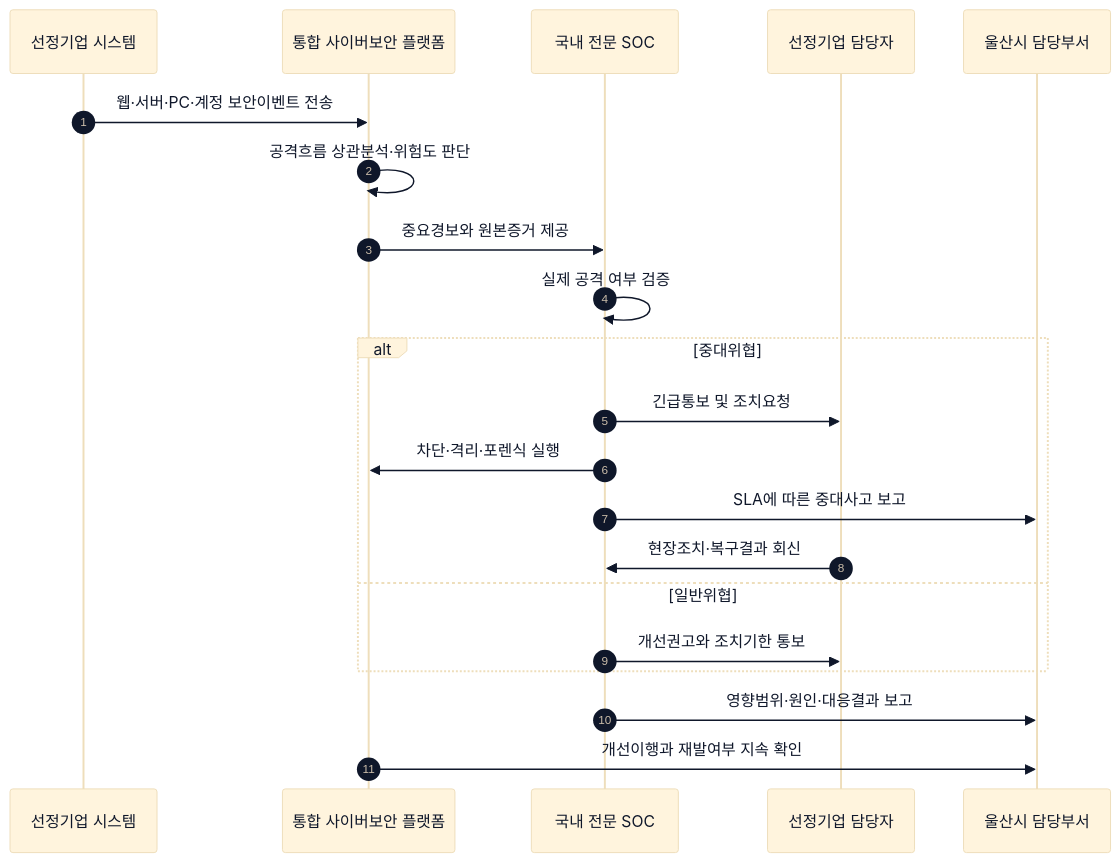
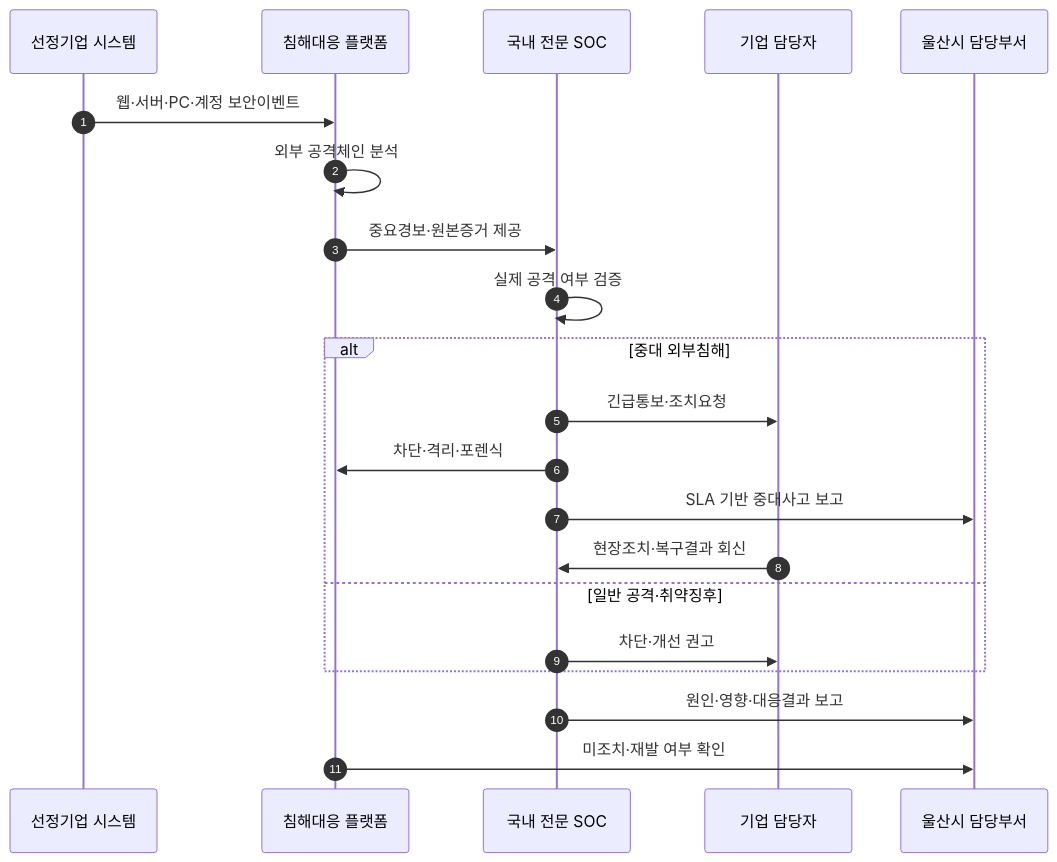
One commit to qubitsec/plura changed the sixth of 8 diagrams in ko/proposal/ulsan/ulsan-full-3months.md. Above: the diagram before and after it, drawn with Mermaid. The commit also changed other lines of this file, not shown here.

````diff
--- a/ko/proposal/ulsan/ulsan-full-3months.md
+++ b/ko/proposal/ulsan/ulsan-full-3months.md
@@ -824,35 +627,26 @@
 ```mermaid
-%%{init: {
-  "theme": "base",
-  "themeVariables": {
-    "fontFamily": "Pretendard, Noto Sans KR, Arial",
-    "background": "#ffffff",
-    "primaryTextColor": "#0f172a",
-    "lineColor": "#334155"
-  }
-}}%%
 sequenceDiagram
     autonumber
     participant SYS as 선정기업 시스템
-    participant XDR as 통합 사이버보안 플랫폼
+    participant XDR as 침해대응 플랫폼
     participant SOC as 국내 전문 SOC
-    participant COMPANY as 선정기업 담당자
+    participant COMPANY as 기업 담당자
     participant ULSAN as 울산시 담당부서
 
-    SYS->>XDR: 웹·서버·PC·계정 보안이벤트 전송
-    XDR->>XDR: 공격흐름 상관분석·위험도 판단
-    XDR->>SOC: 중요경보와 원본증거 제공
+    SYS->>XDR: 웹·서버·PC·계정 보안이벤트
+    XDR->>XDR: 외부 공격체인 분석
+    XDR->>SOC: 중요경보·원본증거 제공
     SOC->>SOC: 실제 공격 여부 검증
 
-    alt 중대위협
-        SOC->>COMPANY: 긴급통보 및 조치요청
-        SOC->>XDR: 차단·격리·포렌식 실행
-        SOC->>ULSAN: SLA에 따른 중대사고 보고
+    alt 중대 외부침해
+        SOC->>COMPANY: 긴급통보·조치요청
+        SOC->>XDR: 차단·격리·포렌식
+        SOC->>ULSAN: SLA 기반 중대사고 보고
         COMPANY->>SOC: 현장조치·복구결과 회신
-    else 일반위협
-        SOC->>COMPANY: 개선권고와 조치기한 통보
+    else 일반 공격·취약징후
+        SOC->>COMPANY: 차단·개선 권고
     end
 
-    SOC->>ULSAN: 영향범위·원인·대응결과 보고
-    XDR->>ULSAN: 개선이행과 재발여부 지속 확인
+    SOC->>ULSAN: 원인·영향·대응결과 보고
+    XDR->>ULSAN: 미조치·재발 여부 확인
 ```
````
